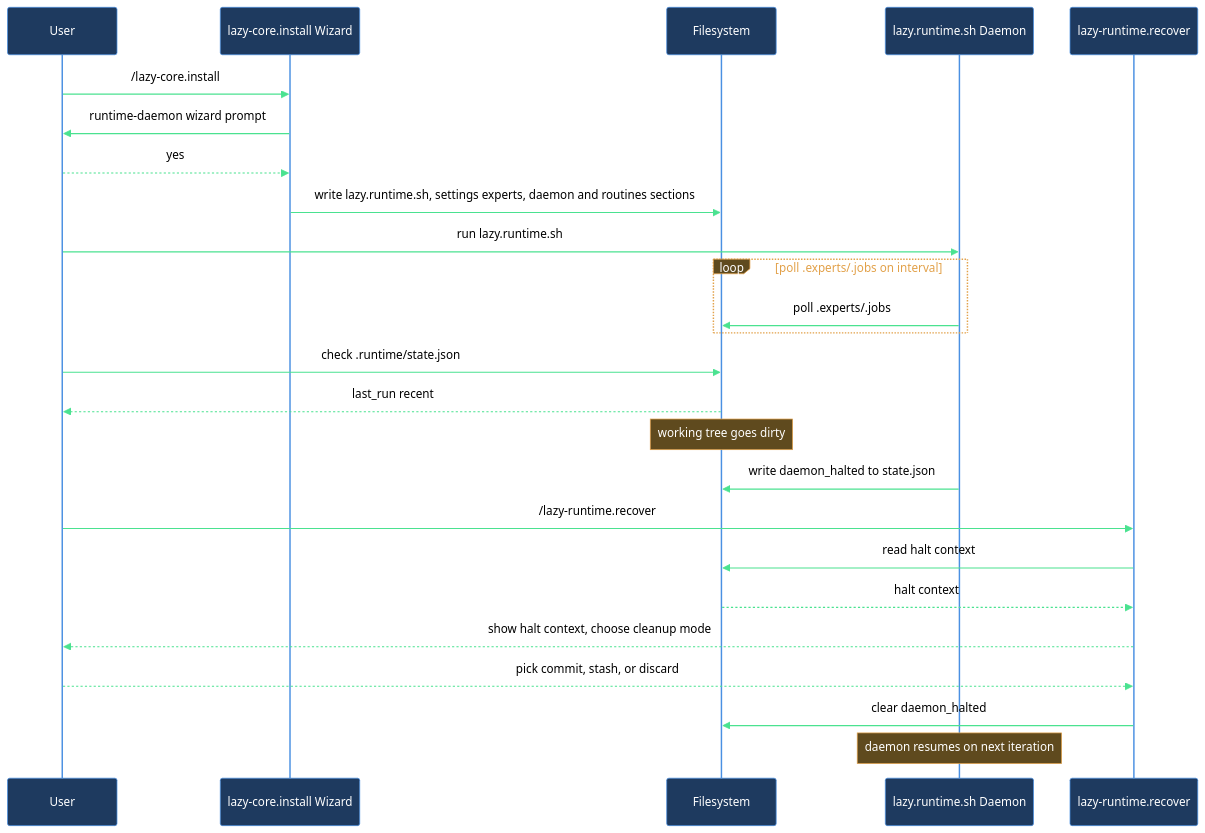
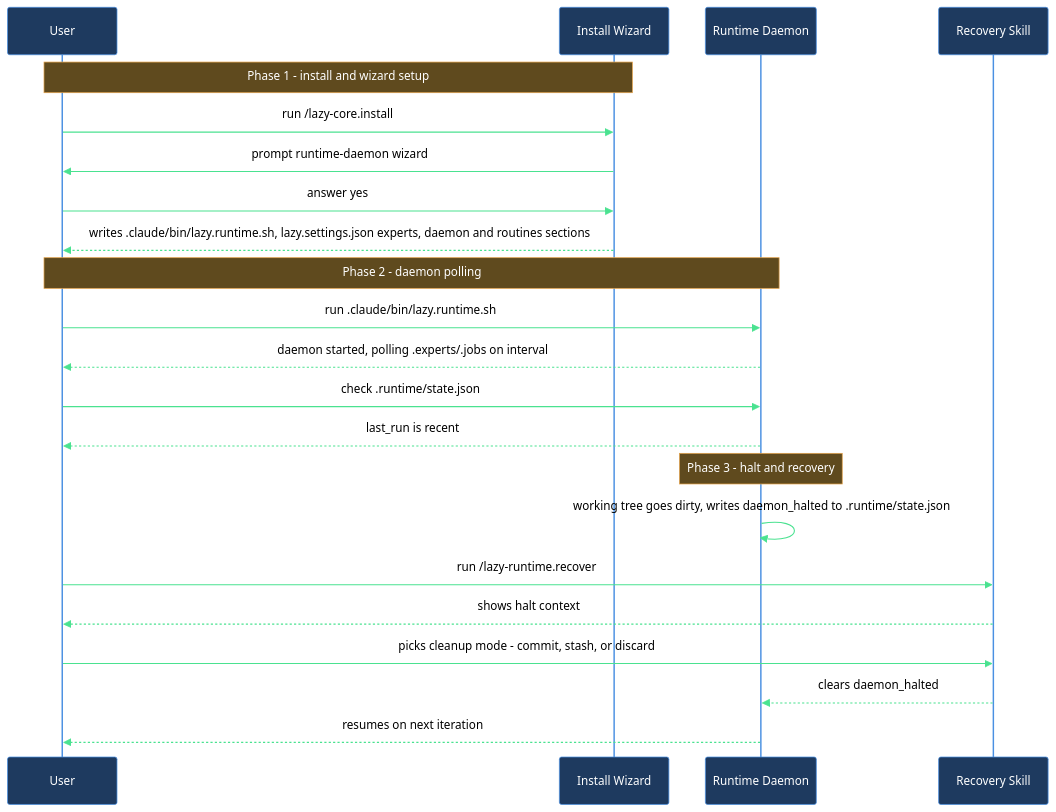
Before and after one commit to mebius-san/lazy-cortex: the diagram in claude/lazycortex-core/help/walkthroughs/setup-runtime.md, drawn with Mermaid. The commit also changed other lines of this file and 41 other files, not shown here.

````diff
--- a/claude/lazycortex-core/help/walkthroughs/setup-runtime.md
+++ b/claude/lazycortex-core/help/walkthroughs/setup-runtime.md
@@ -94,29 +94,28 @@
 ```mermaid
 %%{init: {'themeVariables':{'background':'transparent','primaryColor':'#1e3a5f','primaryBorderColor':'#4a90e2','primaryTextColor':'#fff','lineColor':'#4ae290','actorBkg':'#1e3a5f','actorBorder':'#4a90e2','actorTextColor':'#fff','actorLineColor':'#4a90e2','signalColor':'#4ae290','signalTextColor':'#000','noteBkgColor':'#5f4a1e','noteBorderColor':'#e2a14a','noteTextColor':'#fff','labelBoxBkgColor':'#5f4a1e','labelBoxBorderColor':'#e2a14a','labelTextColor':'#fff','loopTextColor':'#e2a14a'},'sequence':{'diagramPadding':5,'useMaxWidth':true}}}%%
 sequenceDiagram
   participant user as User
-  participant installWizard as lazy-core.install Wizard
-  participant fileSystem as Filesystem
-  participant runtimeDaemon as lazy.runtime.sh Daemon
-  participant recoverSkill as lazy-runtime.recover
+  participant wizard as Install Wizard
+  participant daemon as Runtime Daemon
+  participant recover as Recovery Skill
 
-  user->>installWizard: /lazy-core.install
-  installWizard->>user: runtime-daemon wizard prompt
-  user-->>installWizard: yes
-  installWizard->>fileSystem: write lazy.runtime.sh, settings experts, daemon and routines sections
-  user->>runtimeDaemon: run lazy.runtime.sh
-  loop poll .experts/.jobs on interval
-    runtimeDaemon->>fileSystem: poll .experts/.jobs
-  end
-  user->>fileSystem: check .runtime/state.json
-  fileSystem-->>user: last_run recent
-  Note over fileSystem: working tree goes dirty
-  runtimeDaemon->>fileSystem: write daemon_halted to state.json
-  user->>recoverSkill: /lazy-runtime.recover
-  recoverSkill->>fileSystem: read halt context
-  fileSystem-->>recoverSkill: halt context
-  recoverSkill-->>user: show halt context, choose cleanup mode
-  user-->>recoverSkill: pick commit, stash, or discard
-  recoverSkill->>fileSystem: clear daemon_halted
-  Note over runtimeDaemon: daemon resumes on next iteration
+  Note over user,wizard: Phase 1 - install and wizard setup
+  user->>wizard: run /lazy-core.install
+  wizard->>user: prompt runtime-daemon wizard
+  user->>wizard: answer yes
+  wizard-->>user: writes .claude/bin/lazy.runtime.sh, lazy.settings.json experts, daemon and routines sections
+
+  Note over user,daemon: Phase 2 - daemon polling
+  user->>daemon: run .claude/bin/lazy.runtime.sh
+  daemon-->>user: daemon started, polling .experts/.jobs on interval
+  user->>daemon: check .runtime/state.json
+  daemon-->>user: last_run is recent
+
+  Note over daemon: Phase 3 - halt and recovery
+  daemon->>daemon: working tree goes dirty, writes daemon_halted to .runtime/state.json
+  user->>recover: run /lazy-runtime.recover
+  recover-->>user: shows halt context
+  user->>recover: picks cleanup mode - commit, stash, or discard
+  recover-->>daemon: clears daemon_halted
+  daemon-->>user: resumes on next iteration
 ```
````
